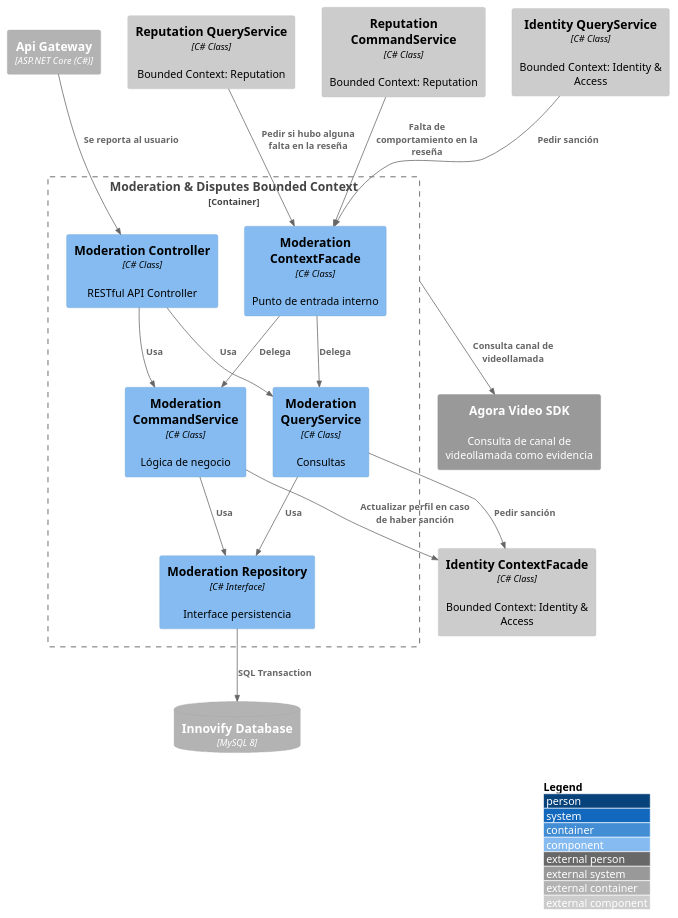
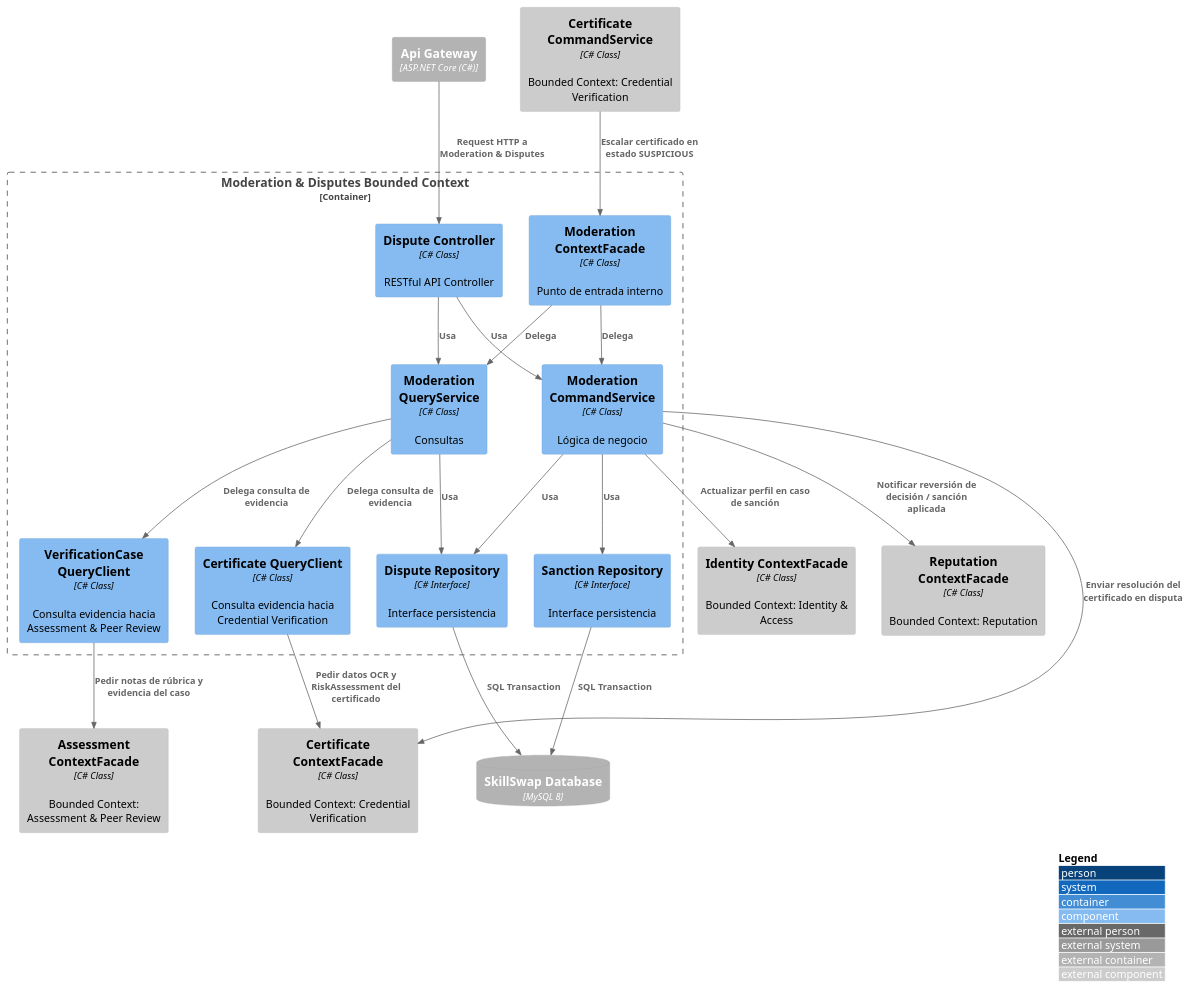
Before and after one commit to Aplicaciones-Dispositivos-Moviles/SkillSwap-ProjectReport: the diagram in DB&C4/Component Diagram — Moderation & Disputes.puml, drawn with PlantUML. The commit also changed 23 other files, not shown here.

```diff
--- a/DB&C4/Component Diagram — Moderation & Disputes.puml
+++ b/DB&C4/Component Diagram — Moderation & Disputes.puml
@@ -1,41 +1,50 @@
-@startuml ModerationComponent
+@startuml ModerationDisputesComponent
 !include https://raw.githubusercontent.com/plantuml-stdlib/C4-PlantUML/master/C4_Component.puml
 
 LAYOUT_WITH_LEGEND()
 
 Container_Ext(apiGateway, "Api Gateway", "ASP.NET Core (C#)")
-ContainerDb_Ext(mainDB, "Innovify Database", "MySQL 8")
-System_Ext(agoraApi, "Agora Video SDK", "Consulta de canal de videollamada como evidencia")
+ContainerDb_Ext(mainDB, "SkillSwap Database", "MySQL 8")
 
 Container_Boundary(moderationBC, "Moderation & Disputes Bounded Context") {
-    Component(moderationController, "Moderation Controller", "C# Class", "RESTful API Controller")
+    Component(disputeController, "Dispute Controller", "C# Class", "RESTful API Controller")
     Component(moderationCommandService, "Moderation CommandService", "C# Class", "Lógica de negocio")
     Component(moderationQueryService, "Moderation QueryService", "C# Class", "Consultas")
-    Component(moderationRepository, "Moderation Repository", "C# Interface", "Interface persistencia")
+    Component(disputeRepository, "Dispute Repository", "C# Interface", "Interface persistencia")
+    Component(sanctionRepository, "Sanction Repository", "C# Interface", "Interface persistencia")
+    Component(certificateQueryClient, "Certificate QueryClient", "C# Class", "Consulta evidencia hacia Credential Verification")
+    Component(verificationCaseQueryClient, "VerificationCase QueryClient", "C# Class", "Consulta evidencia hacia Assessment & Peer Review")
     Component(moderationContextFacade, "Moderation ContextFacade", "C# Class", "Punto de entrada interno")
 }
 
-Component_Ext(identityQueryService, "Identity QueryService", "C# Class", "Bounded Context: Identity & Access")
 Component_Ext(identityContextFacade, "Identity ContextFacade", "C# Class", "Bounded Context: Identity & Access")
-Component_Ext(reputationQueryService, "Reputation QueryService", "C# Class", "Bounded Context: Reputation")
-Component_Ext(reputationCommandService, "Reputation CommandService", "C# Class", "Bounded Context: Reputation")
+Component_Ext(reputationContextFacade, "Reputation ContextFacade", "C# Class", "Bounded Context: Reputation")
+Component_Ext(credentialContextFacade, "Certificate ContextFacade", "C# Class", "Bounded Context: Credential Verification")
+Component_Ext(credentialCommandService, "Certificate CommandService", "C# Class", "Bounded Context: Credential Verification")
+Component_Ext(assessmentContextFacade, "Assessment ContextFacade", "C# Class", "Bounded Context: Assessment & Peer Review")
 
-Rel(apiGateway, moderationController, "Se reporta al usuario")
-Rel(moderationController, moderationCommandService, "Usa")
-Rel(moderationController, moderationQueryService, "Usa")
-Rel(moderationCommandService, moderationRepository, "Usa")
-Rel(moderationQueryService, moderationRepository, "Usa")
-Rel(moderationRepository, mainDB, "SQL Transaction")
+Rel(apiGateway, disputeController, "Request HTTP a Moderation & Disputes")
+Rel(disputeController, moderationCommandService, "Usa")
+Rel(disputeController, moderationQueryService, "Usa")
+Rel(moderationCommandService, disputeRepository, "Usa")
+Rel(moderationCommandService, sanctionRepository, "Usa")
+Rel(moderationQueryService, disputeRepository, "Usa")
+Rel(disputeRepository, mainDB, "SQL Transaction")
+Rel(sanctionRepository, mainDB, "SQL Transaction")
 
-Rel(moderationBC, agoraApi, "Consulta canal de videollamada")
+Rel(moderationQueryService, certificateQueryClient, "Delega consulta de evidencia")
+Rel(certificateQueryClient, credentialContextFacade, "Pedir datos OCR y RiskAssessment del certificado")
 
-Rel(identityQueryService, moderationContextFacade, "Pedir sanción")
-Rel(reputationQueryService, moderationContextFacade, "Pedir si hubo alguna falta en la reseña")
-Rel(reputationCommandService, moderationContextFacade, "Falta de comportamiento en la reseña")
-Rel(moderationQueryService, identityContextFacade, "Pedir sanción")
-Rel(moderationCommandService, identityContextFacade, "Actualizar perfil en caso de haber sanción")
+Rel(moderationQueryService, verificationCaseQueryClient, "Delega consulta de evidencia")
+Rel(verificationCaseQueryClient, assessmentContextFacade, "Pedir notas de rúbrica y evidencia del caso")
+
+Rel(moderationCommandService, identityContextFacade, "Actualizar perfil en caso de sanción")
+Rel(moderationCommandService, reputationContextFacade, "Notificar reversión de decisión / sanción aplicada")
+Rel(moderationCommandService, credentialContextFacade, "Enviar resolución del certificado en disputa")
 
 Rel(moderationContextFacade, moderationCommandService, "Delega")
 Rel(moderationContextFacade, moderationQueryService, "Delega")
 
+Rel(credentialCommandService, moderationContextFacade, "Escalar certificado en estado SUSPICIOUS")
+
 @enduml
```
